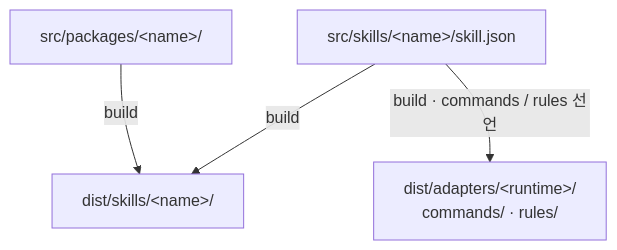
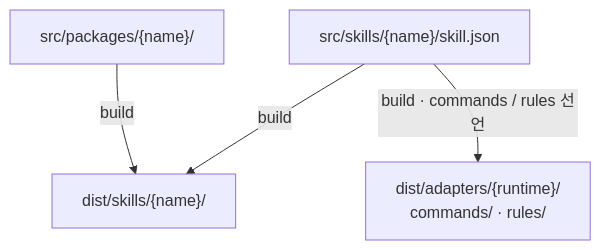
One commit to rheech22/harness changed the first of 3 diagrams in README.md. Above: the diagram before and after it, drawn with Mermaid. The commit also changed other lines of this file, not shown here.

First line of the commit message:
docs(repo): Mermaid 경로의 placeholder를 중괄호로 표기한다

````diff
--- a/README.md
+++ b/README.md
@@ -40,8 +40,8 @@
 ```mermaid
 flowchart TD
   accTitle: build로 에이전트용 파일 생성
   accDescr: 스킬 선언에서 번들과 런타임 명령 및 규칙을 생성하고 standalone 패키지에서 스킬을 복사한다.
-  manifest["src/skills/&lt;name&gt;/skill.json"] -->|build| skills["dist/skills/&lt;name&gt;/"]
-  manifest -->|build · commands / rules 선언| adapters["dist/adapters/&lt;runtime&gt;/<br/>commands/ · rules/"]
-  package["src/packages/&lt;name&gt;/"] -->|build| skills
+  manifest["src/skills/{name}/skill.json"] -->|build| skills["dist/skills/{name}/"]
+  manifest -->|build · commands / rules 선언| adapters["dist/adapters/{runtime}/<br/>commands/ · rules/"]
+  package["src/packages/{name}/"] -->|build| skills
 ```
````
